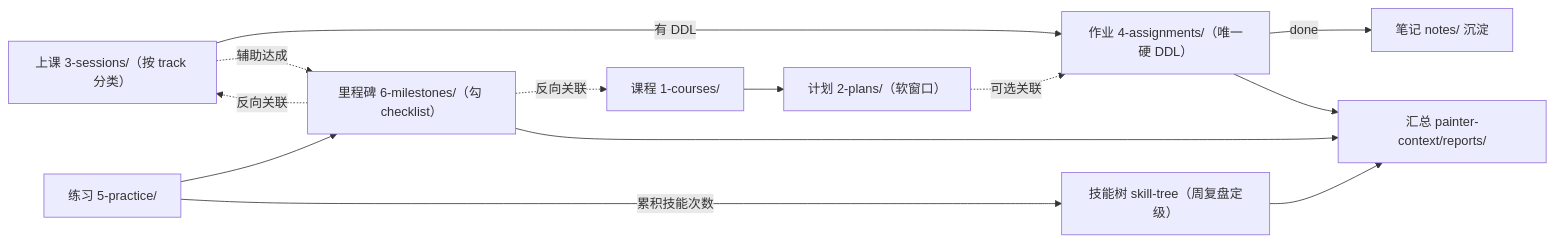
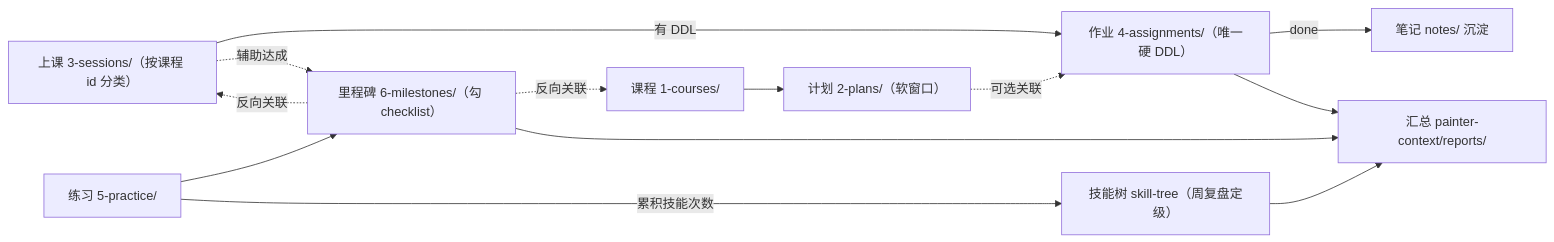
Before and after one commit to FelicityAmiao/painter-harness: the diagram in painter-context/README.md, drawn with Mermaid. The commit also changed other lines of this file and 9 other files, not shown here.

````diff
--- a/painter-context/README.md
+++ b/painter-context/README.md
@@ -21,15 +21,15 @@
 ```mermaid
 flowchart LR
   C["课程 1-courses/"] --> P["计划 2-plans/（软窗口）"]
   P -. 可选关联 .-> A["作业 4-assignments/（唯一硬 DDL）"]
-  S["上课 3-sessions/（按 track 分类）"] -->|有 DDL| A
+  S["上课 3-sessions/（按课程 id 分类）"] -->|有 DDL| A
   A -->|done| N["笔记 notes/ 沉淀"]
   PR["练习 5-practice/"] --> M["里程碑 6-milestones/（勾 checklist）"]
   S -. 辅助达成 .-> M
   M -. 反向关联 .-> S
   M -. 反向关联 .-> C
   PR -->|累积技能次数| SK["技能树 skill-tree（周复盘定级）"]
   A --> RO["汇总 painter-context/reports/"]
   M --> RO
   SK --> RO
 ```
````
